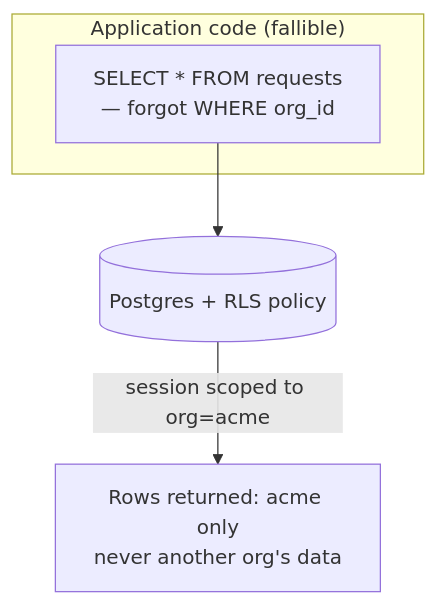
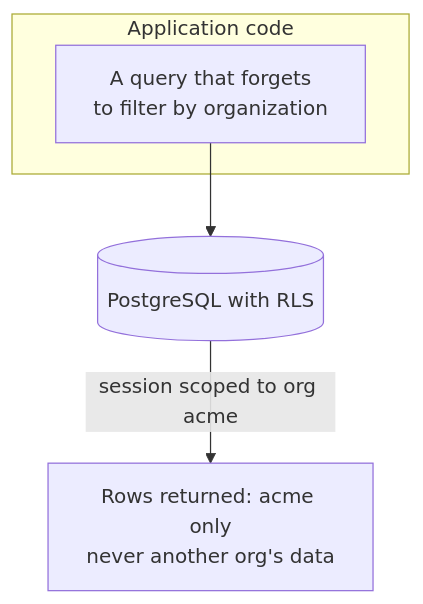
The diagram in docs-site/blog/2026-07-22-row-level-security.md (Rayyan-Oumlil/OpenProxyAI), drawn with Mermaid before and after one commit. The commit also changed other lines of this file and 114 other files, not shown here.

````diff
--- a/docs-site/blog/2026-07-22-row-level-security.md
+++ b/docs-site/blog/2026-07-22-row-level-security.md
@@ -22,8 +22,8 @@
 ```mermaid
 flowchart TD
-    subgraph "Application code (fallible)"
-        Q["SELECT * FROM requests<br/>— forgot WHERE org_id"]
+    subgraph "Application code"
+        Q["A query that forgets<br/>to filter by organization"]
     end
-    Q --> DB[(Postgres + RLS policy)]
-    DB -->|"session scoped to org=acme"| R["Rows returned: acme only<br/>never another org's data"]
+    Q --> DB[(PostgreSQL with RLS)]
+    DB -->|"session scoped to org acme"| R["Rows returned: acme only<br/>never another org's data"]
 ```
````
